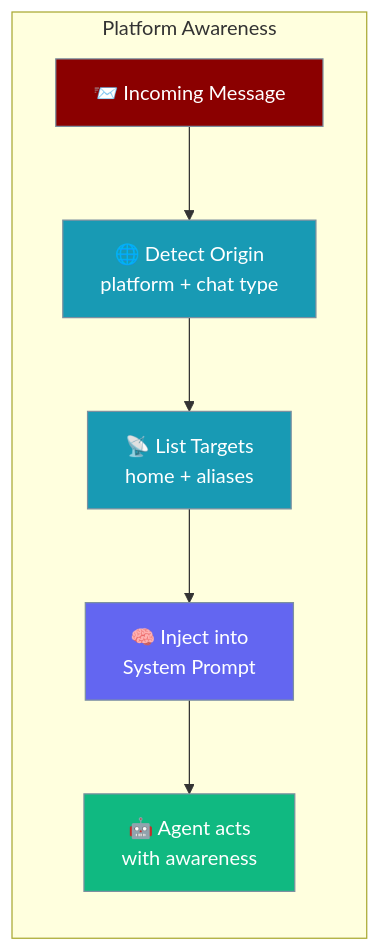
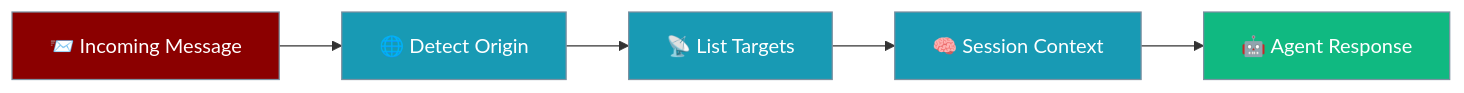
One commit to MervinPraison/PraisonAIDocs changed the first of 2 diagrams in docs/features/platform-aware-agents.mdx. Above: the diagram before and after it, drawn with Mermaid. The commit also changed other lines of this file and 4 other files, not shown here.

````diff
--- a/docs/features/platform-aware-agents.mdx
+++ b/docs/features/platform-aware-agents.mdx
@@ -10,19 +23,15 @@
 ```mermaid
 graph LR
-    subgraph "Platform Awareness"
-        Msg[📨 Incoming Message] --> Origin[🌐 Detect Origin<br/>platform + chat type]
-        Origin --> Targets[📡 List Targets<br/>home + aliases]
-        Targets --> Prompt[🧠 Inject into<br/>System Prompt]
-        Prompt --> Agent[🤖 Agent acts<br/>with awareness]
-    end
+    Msg[📨 Incoming Message] --> Origin[🌐 Detect Origin]
+    Origin --> Targets[📡 List Targets]
+    Targets --> Prompt[🧠 Session Context]
+    Prompt --> Agent[🤖 Agent Response]
 
     classDef input fill:#8B0000,stroke:#7C90A0,color:#fff
     classDef process fill:#189AB4,stroke:#7C90A0,color:#fff
-    classDef config fill:#6366F1,stroke:#7C90A0,color:#fff
     classDef result fill:#10B981,stroke:#7C90A0,color:#fff
 
     class Msg input
-    class Origin,Targets process
-    class Prompt config
+    class Origin,Targets,Prompt process
     class Agent result
 ```
````
